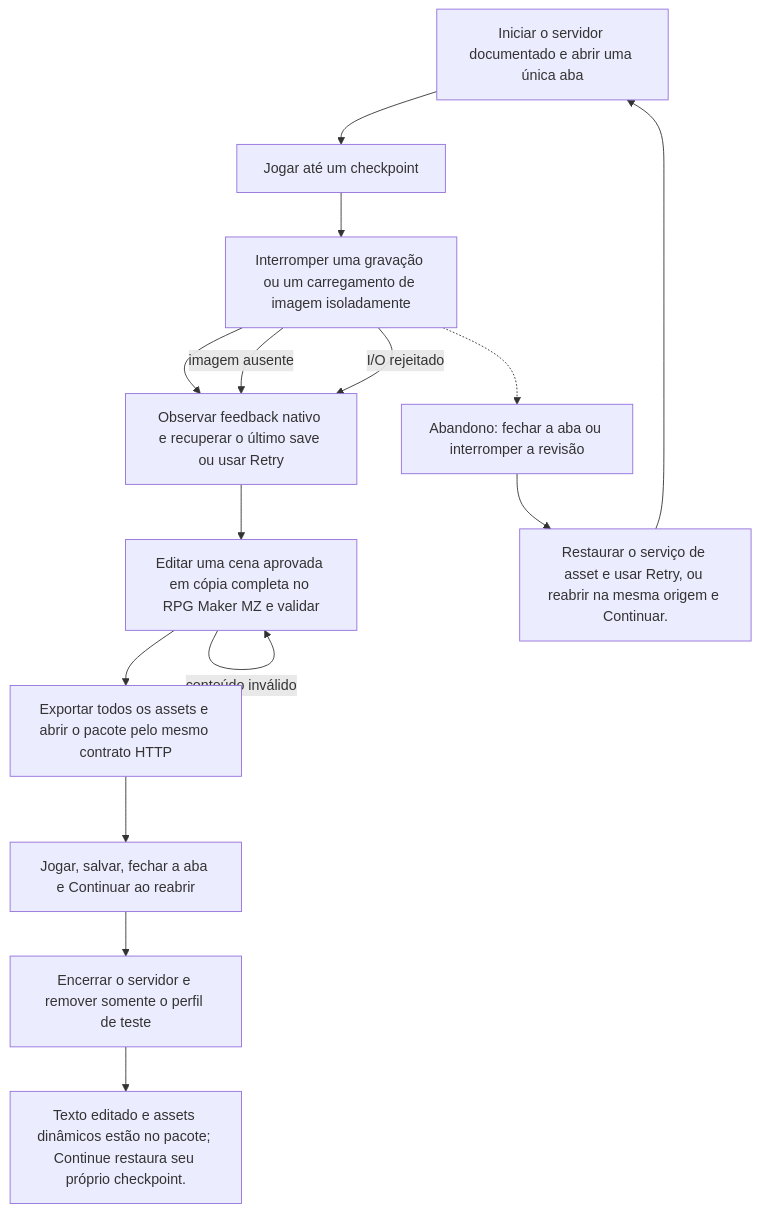
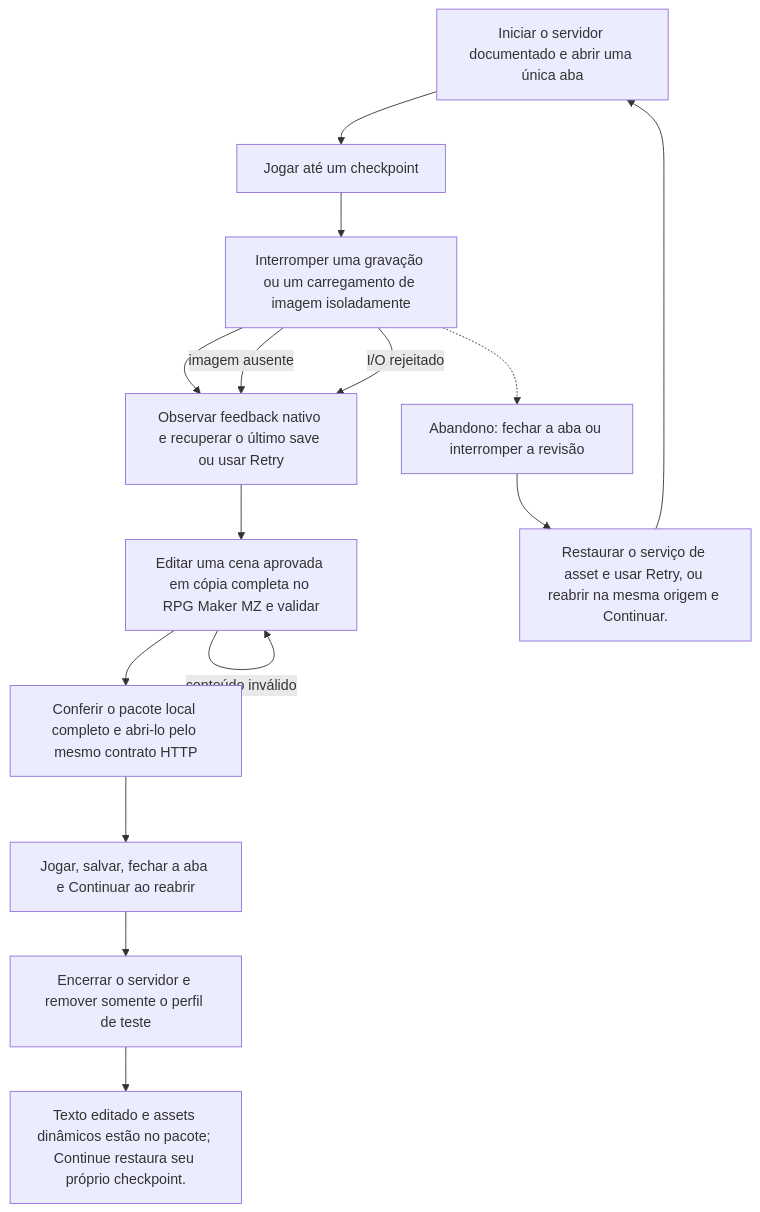
Before and after one commit to edneyreis999/gamejam-vn-terror: the diagram in docs/qa/journeys/J-mz-recovery-export.md, drawn with Mermaid. The commit also changed other lines of this file and 199 other files, not shown here.

````diff
--- a/docs/qa/journeys/J-mz-recovery-export.md
+++ b/docs/qa/journeys/J-mz-recovery-export.md
@@ -3,18 +3,18 @@
 ```mermaid
 flowchart TD
 A["Iniciar o servidor documentado e abrir uma única aba"] --> B
 B["Jogar até um checkpoint"] --> C
 C["Interromper uma gravação ou um carregamento de imagem isoladamente"] --> D
 D["Observar feedback nativo e recuperar o último save ou usar Retry"] --> E
 E["Editar uma cena aprovada em cópia completa no RPG Maker MZ e validar"] --> F
-F["Exportar todos os assets e abrir o pacote pelo mesmo contrato HTTP"] --> G
+F["Conferir o pacote local completo e abri-lo pelo mesmo contrato HTTP"] --> G
 G["Jogar, salvar, fechar a aba e Continuar ao reabrir"] --> H
 H["Encerrar o servidor e remover somente o perfil de teste"]
 C -->|imagem ausente| D
 C -->|I/O rejeitado| D
 E -->|conteúdo inválido| E
 C -.-> X["Abandono: fechar a aba ou interromper a revisão"]
 X --> R["Restaurar o serviço de asset e usar Retry, ou reabrir na mesma origem e Continuar."]
 R --> A
 H --> Z["Texto editado e assets dinâmicos estão no pacote; Continue restaura seu próprio checkpoint."]
 ```
````
